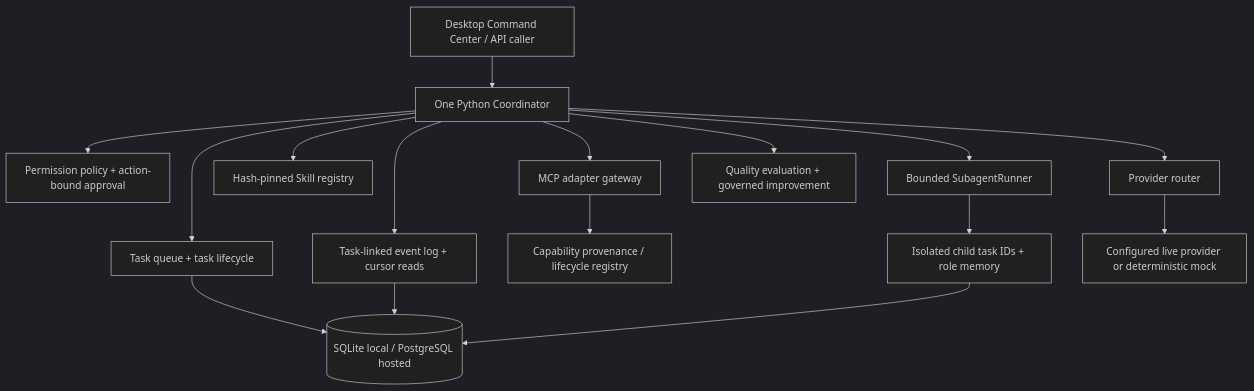
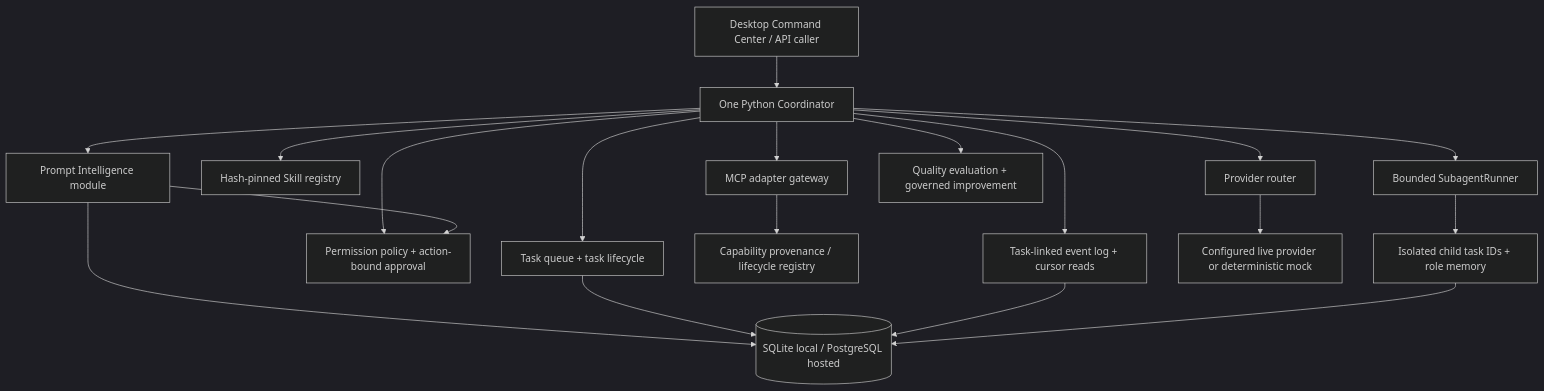
The diagram in ARCHITECTURE.md (soueilouay-creator/uneXpected-), drawn with Mermaid (dark theme) before and after one commit. The commit also changed other lines of this file, not shown here.

Commit message:
docs: add Prompt Intelligence to system architecture

````diff
--- a/ARCHITECTURE.md
+++ b/ARCHITECTURE.md
@@ -3,18 +3,21 @@
 ```mermaid
 flowchart TD
   U[Desktop Command Center / API caller] --> C[One Python Coordinator]
   C --> T[Task queue + task lifecycle]
   C --> P[Permission policy + action-bound approval]
   C --> PR[Provider router]
   C --> S[Hash-pinned Skill registry]
   C --> M[MCP adapter gateway]
   C --> D[Bounded SubagentRunner]
   C --> E[Task-linked event log + cursor reads]
+  C --> PI[Prompt Intelligence module]
+  PI --> DB
+  PI --> P
   M --> CR[Capability provenance / lifecycle registry]
   D --> CH[Isolated child task IDs + role memory]
   T --> DB[(SQLite local / PostgreSQL hosted)]
   E --> DB
   CH --> DB
   PR --> L[Configured live provider or deterministic mock]
   C --> Q[Quality evaluation + governed improvement]
 ```
````
